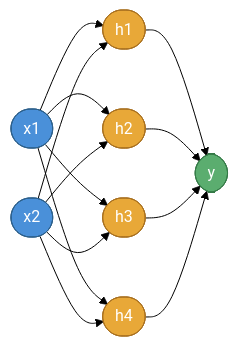
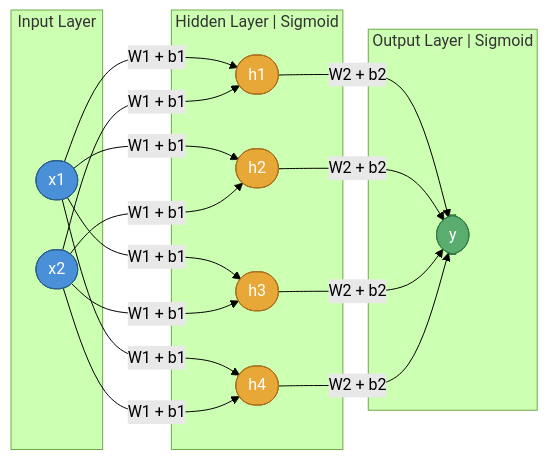
Before and after one commit to nexageapps/simple-nn-from-scratch: the diagram in README.md, drawn with Mermaid (forest theme). The commit also changed other lines of this file, not shown here.

````diff
--- a/README.md
+++ b/README.md
@@ -7,12 +7,40 @@
 ```mermaid
 flowchart LR
-    x1([x1]) & x2([x2]) --> h1([h1]) & h2([h2]) & h3([h3]) & h4([h4]) --> y([y])
+    subgraph IL["Input Layer"]
+        x1(["x1"])
+        x2(["x2"])
+    end
+
+    subgraph HL["Hidden Layer  |  Sigmoid"]
+        h1(["h1"])
+        h2(["h2"])
+        h3(["h3"])
+        h4(["h4"])
+    end
+
+    subgraph OL["Output Layer  |  Sigmoid"]
+        y(["y"])
+    end
+
+    x1 -- "W1 + b1" --> h1
+    x1 -- "W1 + b1" --> h2
+    x1 -- "W1 + b1" --> h3
+    x1 -- "W1 + b1" --> h4
+    x2 -- "W1 + b1" --> h1
+    x2 -- "W1 + b1" --> h2
+    x2 -- "W1 + b1" --> h3
+    x2 -- "W1 + b1" --> h4
+
+    h1 -- "W2 + b2" --> y
+    h2 -- "W2 + b2" --> y
+    h3 -- "W2 + b2" --> y
+    h4 -- "W2 + b2" --> y
 
     style x1 fill:#4A90D9,stroke:#2c5f8a,color:#fff
     style x2 fill:#4A90D9,stroke:#2c5f8a,color:#fff
     style h1 fill:#E8A838,stroke:#a87020,color:#fff
     style h2 fill:#E8A838,stroke:#a87020,color:#fff
     style h3 fill:#E8A838,stroke:#a87020,color:#fff
     style h4 fill:#E8A838,stroke:#a87020,color:#fff
     style y  fill:#5BAD6F,stroke:#357a47,color:#fff
 ```
````
